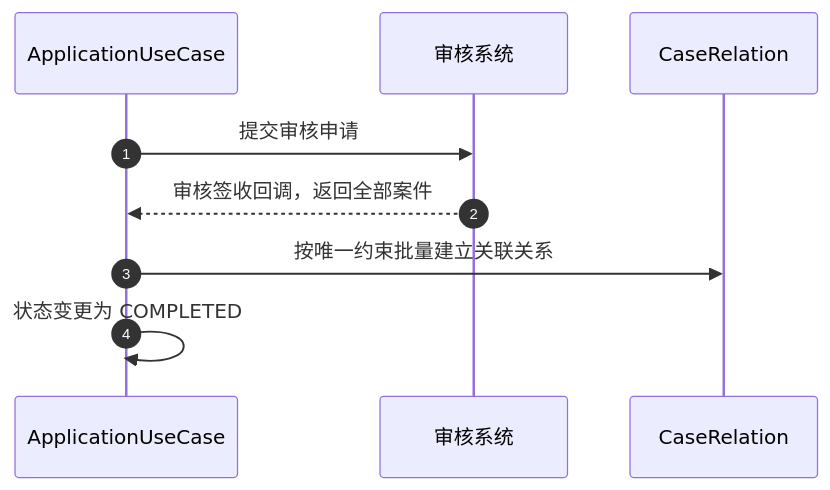
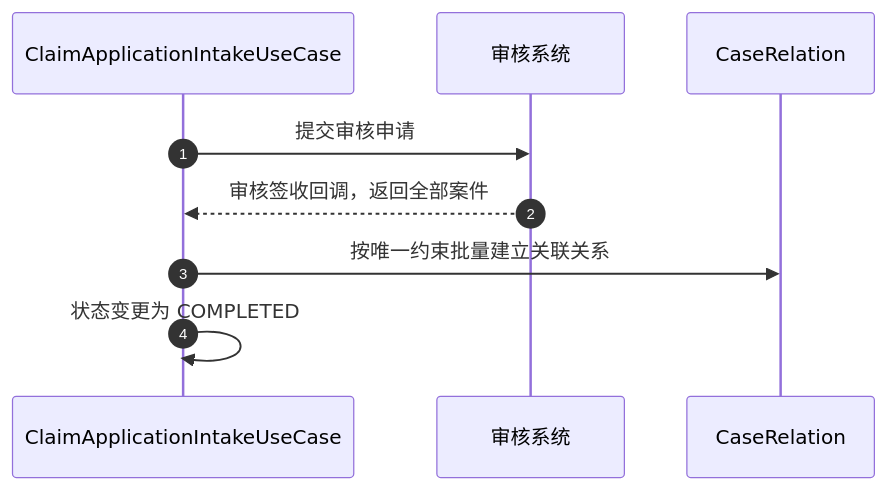
The seventh of 10 diagrams in docs/architecture/claim-application-architecture.md (wangguangwu/claim-integration-platform), drawn with Mermaid before and after one commit. The commit also changed other lines of this file and 110 other files, not shown here.

First line of the commit message:
理赔申请命名全链路收敛到 claimApplication，消除与 DDD 应用层词汇的歧义

````diff
--- a/docs/architecture/claim-application-architecture.md
+++ b/docs/architecture/claim-application-architecture.md
@@ -338,12 +338,12 @@
 ```mermaid
 sequenceDiagram
     autonumber
-    participant U as ApplicationUseCase
+    participant U as ClaimApplicationIntakeUseCase
     participant A as 审核系统
     participant CR as CaseRelation
 
     U->>A: 提交审核申请
     A-->>U: 审核签收回调，返回全部案件
     U->>CR: 按唯一约束批量建立关联关系
     U->>U: 状态变更为 COMPLETED
 ```
````
